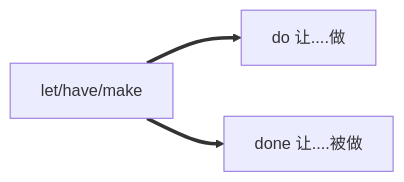
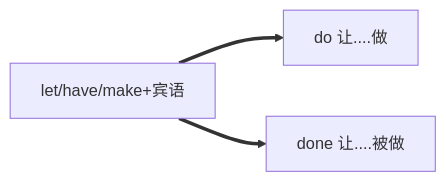
Before and after one commit to fuutianyii/english: diagram 12 of 13 in 非谓语动词/非谓语动词整理.md, drawn with Mermaid.

````diff
--- a/非谓语动词/非谓语动词整理.md
+++ b/非谓语动词/非谓语动词整理.md
@@ -438,5 +438,5 @@
 ```mermaid
 graph LR
-A["let/have/make"] ==> do["do 让....做"]
-A["let/have/make"] ==> done["done 让....被做"]
+A["let/have/make+宾语"] ==> do["do 让....做"]
+A["let/have/make+宾语"] ==> done["done 让....被做"]
 ```
````
